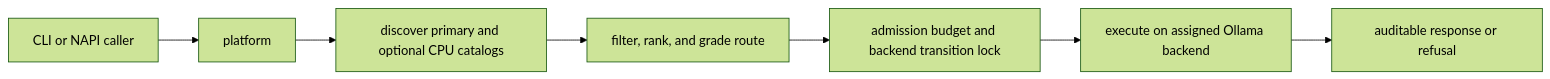
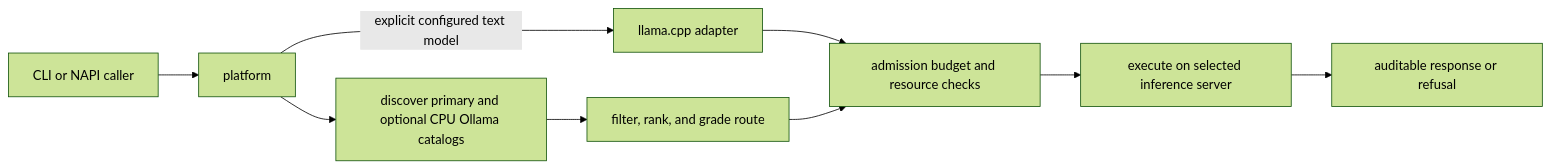
Before and after one commit to bgauryy/FreeLlama: the diagram in packages/rust-core/README.md, drawn with Mermaid (forest theme). The commit also changed other lines of this file and 166 other files, not shown here.

````diff
--- a/packages/rust-core/README.md
+++ b/packages/rust-core/README.md
@@ -21,9 +24,11 @@
 ```mermaid
 flowchart LR
     C["CLI or NAPI caller"] --> P["platform"]
-    P --> D["discover primary and optional CPU catalogs"]
+    P --> D["discover primary and optional CPU Ollama catalogs"]
+    P -->|"explicit configured text model"| L["llama.cpp adapter"]
+    L --> A
     D --> R["filter, rank, and grade route"]
-    R --> A["admission budget and backend transition lock"]
-    A --> O["execute on assigned Ollama backend"]
+    R --> A["admission budget and resource checks"]
+    A --> O["execute on selected inference server"]
     O --> X["auditable response or refusal"]
 ```
````
